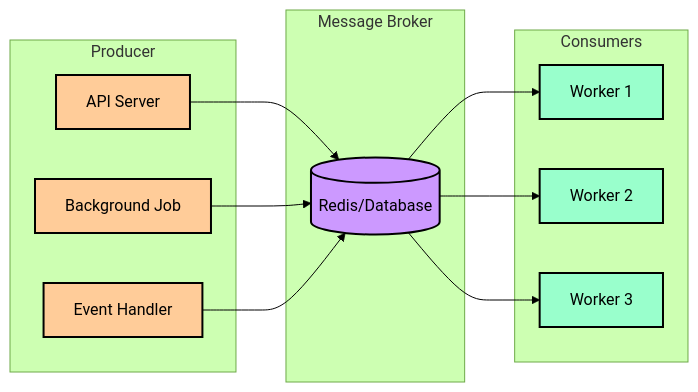
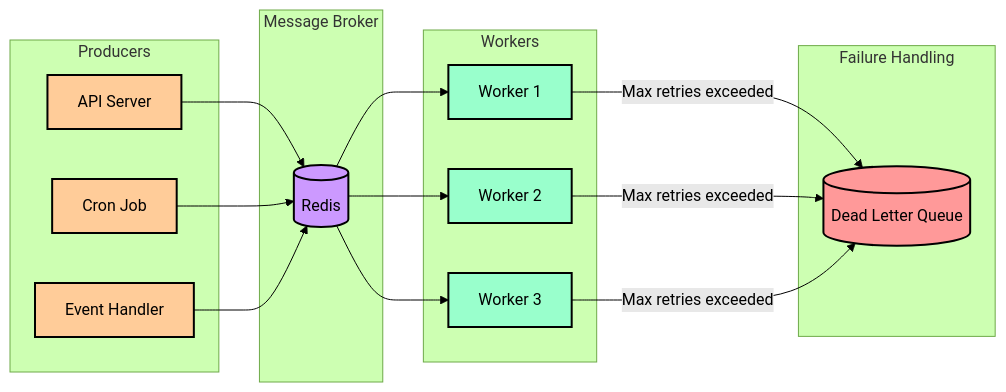
The third of 8 diagrams in v4/content/articles/programming-patterns/javascript-patterns/async-queue-pattern/README.md (sujeet-pro/legacy-personal-site), drawn with Mermaid (forest theme) before and after one commit. The commit also changed other lines of this file and 115 other files, not shown here.

````diff
--- a/v4/content/articles/programming-patterns/javascript-patterns/async-queue-pattern/README.md
+++ b/v4/content/articles/programming-patterns/javascript-patterns/async-queue-pattern/README.md
@@ -177,33 +171,42 @@
 ```mermaid
 graph LR
-    subgraph "Producer"
+    subgraph "Producers"
         P1[API Server]
-        P2[Background Job]
+        P2[Cron Job]
         P3[Event Handler]
     end
 
     subgraph "Message Broker"
-        MB[(Redis/Database)]
+        MB[(Redis)]
     end
 
-    subgraph "Consumers"
+    subgraph "Workers"
         W1[Worker 1]
         W2[Worker 2]
         W3[Worker 3]
+    end
+
+    subgraph "Failure Handling"
+        DLQ[(Dead Letter Queue)]
     end
 
     P1 --> MB
     P2 --> MB
     P3 --> MB
     MB --> W1
     MB --> W2
     MB --> W3
+    W1 -->|Max retries exceeded| DLQ
+    W2 -->|Max retries exceeded| DLQ
+    W3 -->|Max retries exceeded| DLQ
 
     classDef producerClass fill:#ffcc99,stroke:#000,stroke-width:2px
     classDef brokerClass fill:#cc99ff,stroke:#000,stroke-width:2px
     classDef workerClass fill:#99ffcc,stroke:#000,stroke-width:2px
+    classDef dlqClass fill:#ff9999,stroke:#000,stroke-width:2px
 
     class P1,P2,P3 producerClass
     class MB brokerClass
     class W1,W2,W3 workerClass
+    class DLQ dlqClass
 ```
````
